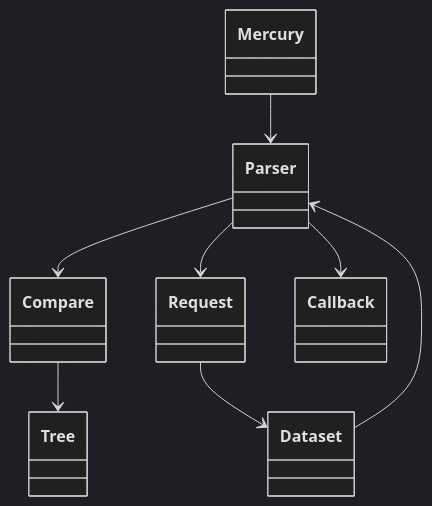
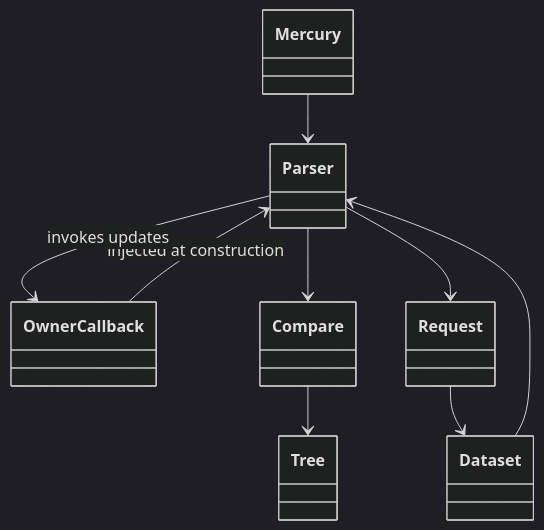
Before and after one commit to webex/webex-js-sdk: the fourth of 5 diagrams in packages/@webex/plugin-meetings/src/hashTree/ai-docs/hash-tree-spec.md, drawn with Mermaid (dark theme). The commit also changed other lines of this file and 24 other files, not shown here.

````diff
--- a/packages/@webex/plugin-meetings/src/hashTree/ai-docs/hash-tree-spec.md
+++ b/packages/@webex/plugin-meetings/src/hashTree/ai-docs/hash-tree-spec.md
@@ -159,17 +175,18 @@
 ```mermaid
 classDiagram
   class Mercury
+  class OwnerCallback
   class Parser
   class Compare
   class Tree
   class Request
   class Dataset
-  class Callback
   Mercury --> Parser
   Parser --> Compare
   Compare --> Tree
   Parser --> Request
   Request --> Dataset
   Dataset --> Parser
-  Parser --> Callback
+  OwnerCallback --> Parser : injected at construction
+  Parser --> OwnerCallback : invokes updates
 ```
````
